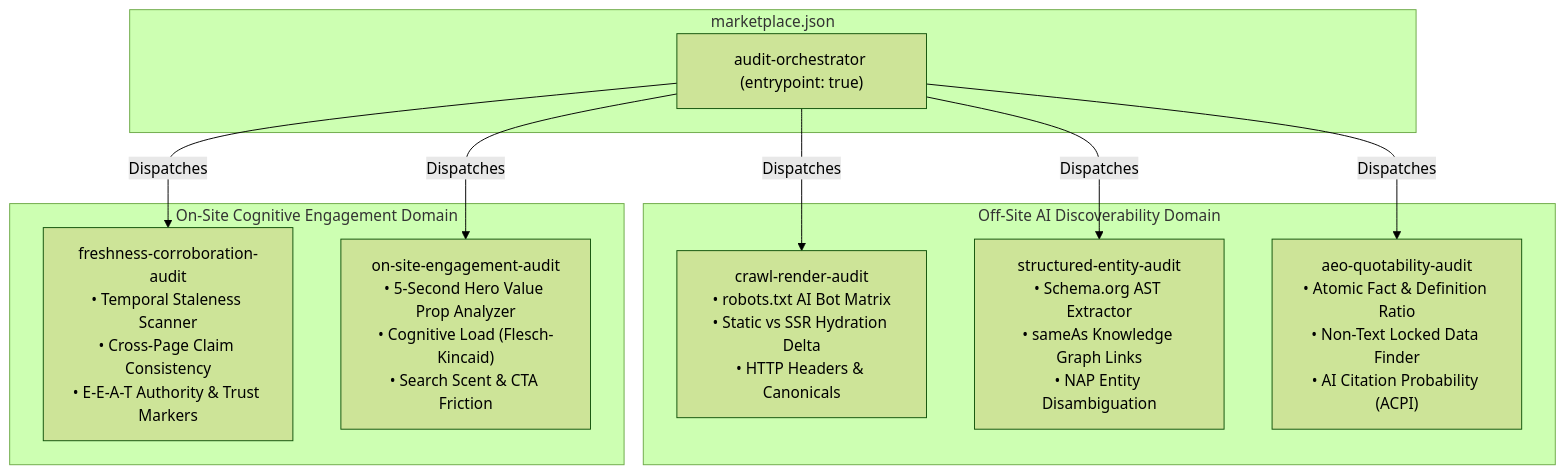
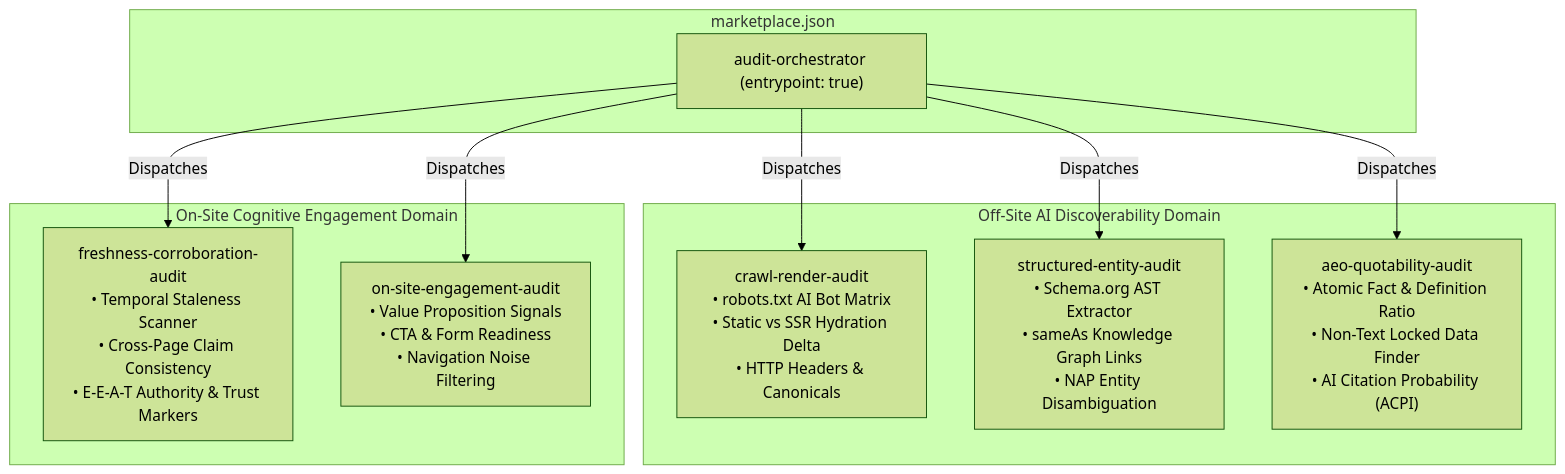
One commit to SH20RAJ/adobe-hackathon-2026 changed the diagram in docs/ARCHITECTURE.md. Above: the diagram before and after it, drawn with Mermaid (forest theme). The commit also changed other lines of this file and 10 other files, not shown here.

````diff
--- a/docs/ARCHITECTURE.md
+++ b/docs/ARCHITECTURE.md
@@ -54,23 +54,23 @@
 ```mermaid
 graph TD
     subgraph Manifest ["marketplace.json"]
         Orch["audit-orchestrator (entrypoint: true)"]
     end
 
     subgraph OffSiteSkills ["Off-Site AI Discoverability Domain"]
         S1["crawl-render-audit<br/>• robots.txt AI Bot Matrix<br/>• Static vs SSR Hydration Delta<br/>• HTTP Headers & Canonicals"]
         S2["structured-entity-audit<br/>• Schema.org AST Extractor<br/>• sameAs Knowledge Graph Links<br/>• NAP Entity Disambiguation"]
         S3["aeo-quotability-audit<br/>• Atomic Fact & Definition Ratio<br/>• Non-Text Locked Data Finder<br/>• AI Citation Probability (ACPI)"]
     end
 
     subgraph OnSiteSkills ["On-Site Cognitive Engagement Domain"]
         S4["freshness-corroboration-audit<br/>• Temporal Staleness Scanner<br/>• Cross-Page Claim Consistency<br/>• E-E-A-T Authority & Trust Markers"]
-        S5["on-site-engagement-audit<br/>• 5-Second Hero Value Prop Analyzer<br/>• Cognitive Load (Flesch-Kincaid)<br/>• Search Scent & CTA Friction"]
+        S5["on-site-engagement-audit<br/>• Value Proposition Signals<br/>• CTA & Form Readiness<br/>• Navigation Noise Filtering"]
     end
 
     Orch -->|Dispatches| S1
     Orch -->|Dispatches| S2
     Orch -->|Dispatches| S3
     Orch -->|Dispatches| S4
     Orch -->|Dispatches| S5
 ```
````
